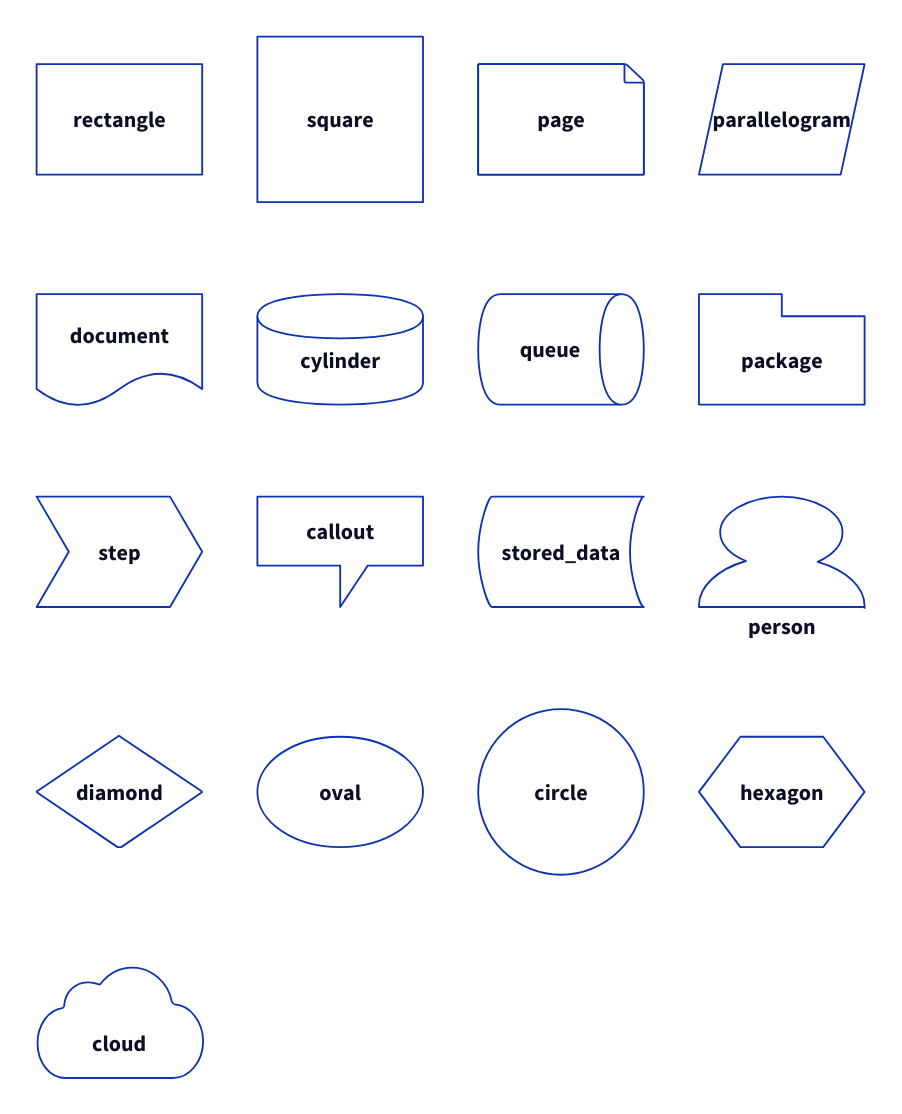
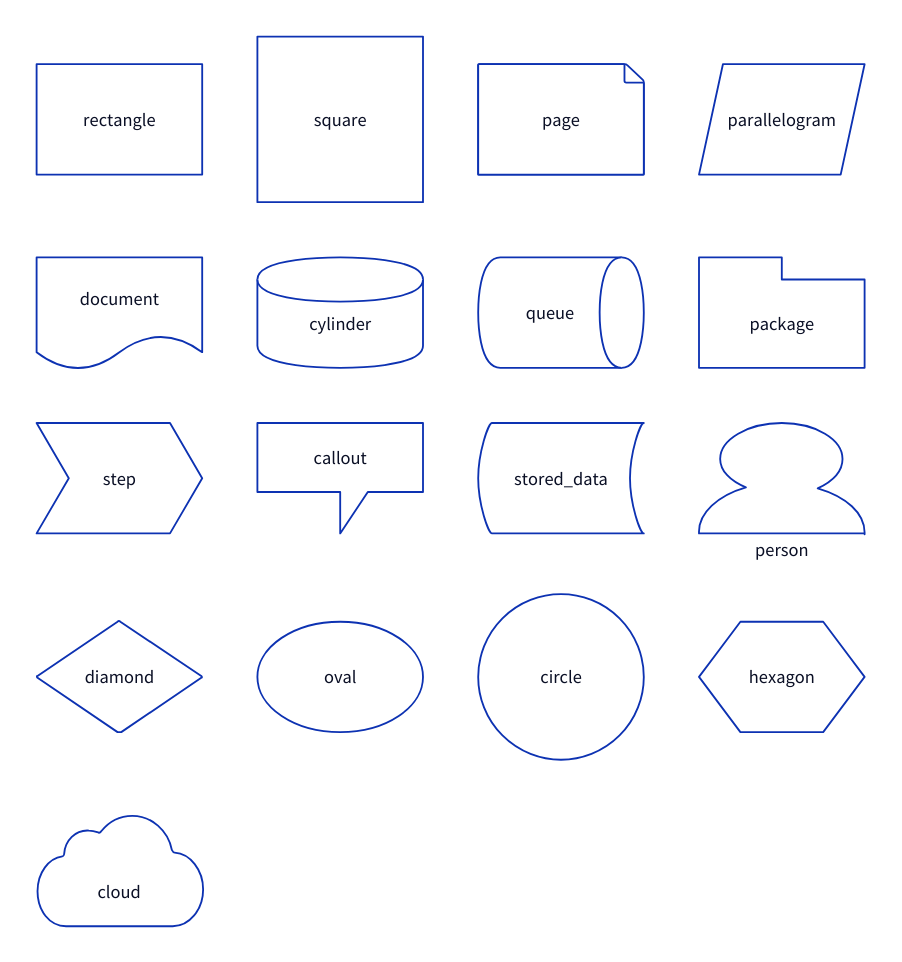
The diagram in static/d2/shapes-3.d2 (terrastruct/d2-docs), drawn with D2 before and after one commit. The commit also changed 1 other file, not shown here.

```diff
--- a/static/d2/shapes-3.d2
+++ b/static/d2/shapes-3.d2
@@ -1,79 +1,81 @@
 # Shape catalog of standard shapes
 
 classes: {
   hidden: {
     label: ""
     style.fill: transparent
     style.stroke-width: 0
   }
   example: {
     style.fill: white
     width: 180
     height: 120
-    style.font-size: 24
+    style.font-size: 20
+    style.bold: false
   }
 }
 
 style.fill: transparent
 
 grid-rows: 5
+grid-gap: 0
 
 one: {
   class: hidden
   rectangle.shape: rectangle
   square.shape: square
   page.shape: page
   parallelogram.shape: parallelogram
 
   # Color fixups to ensure all shapes have white fill
   # TODO change this to use globs when implemented
   rectangle.class: example
   square.class: example
   page.class: example
   parallelogram.class: example
 }
 
 two: {
   class: hidden
   document.shape: document
   cylinder.shape: cylinder
   queue.shape: queue
   package.shape: package
 
   document.class: example
   cylinder.class: example
   queue.class: example
   package.class: example
 }
 
 three: {
   class: hidden
   step.shape: step
   callout.shape: callout
   stored_data.shape: stored_data
   person.shape: person
 
   step.class: example
   callout.class: example
   stored_data.class: example
   person.class: example
 }
 
 four: {
   class: hidden
   diamond.shape: diamond
   oval.shape: oval
   circle.shape: circle
   hexagon.shape: hexagon
 
   diamond.class: example
   oval.class: example
   circle.class: example
   hexagon.class: example
 }
 
 five: {
   class: hidden
   cloud.shape: cloud
   cloud.class: example
 }
```
